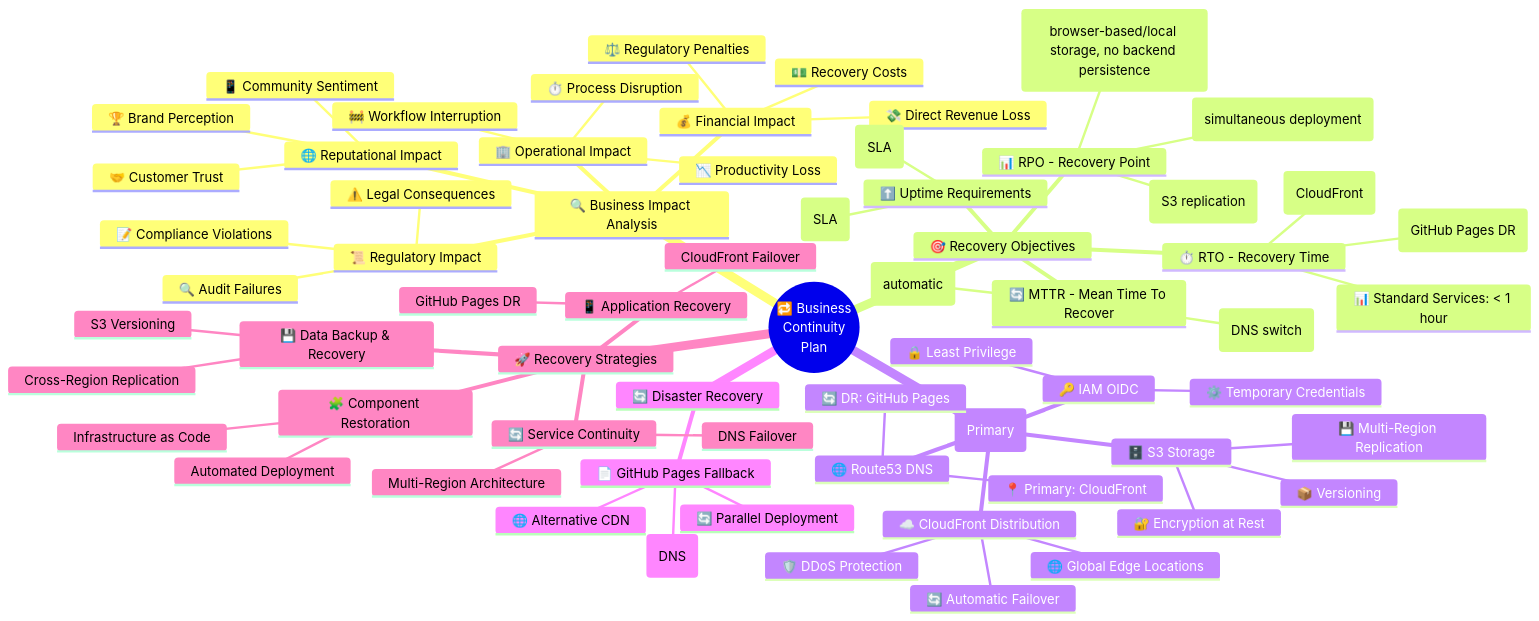
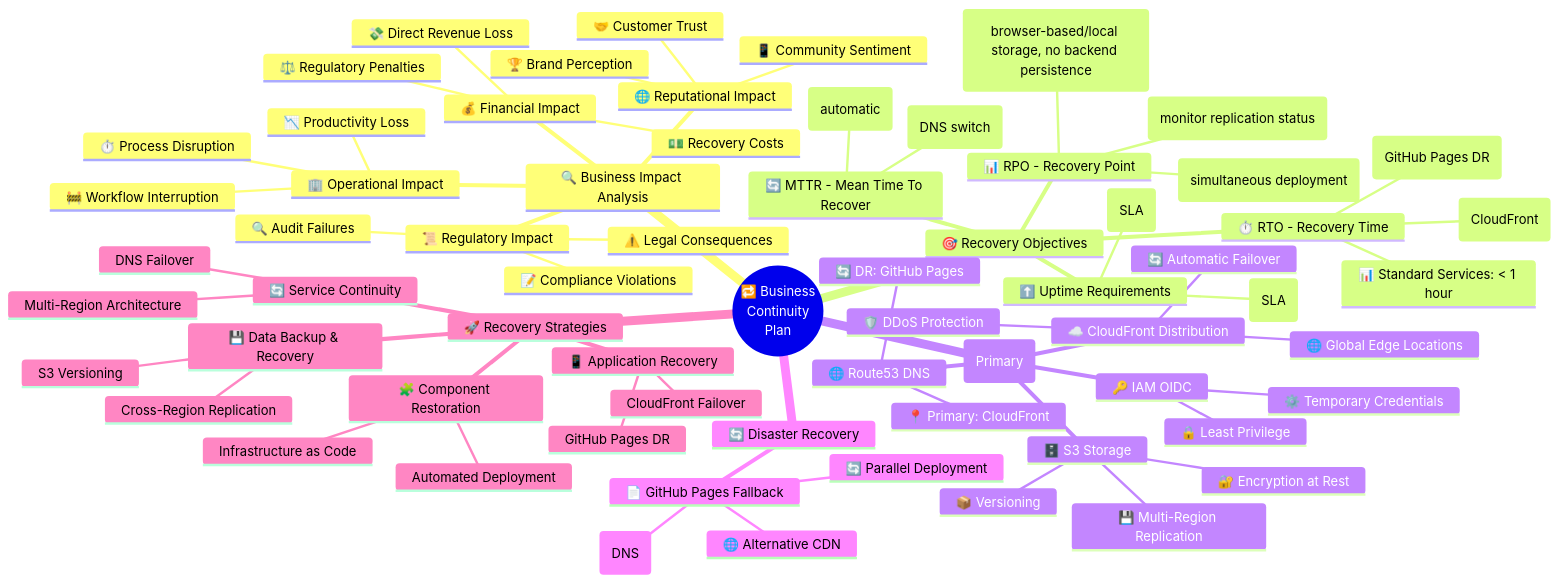
One commit to Hack23/cia-compliance-manager changed the first of 33 diagrams in docs/architecture/BCPPlan.md. Above: the diagram before and after it, drawn with Mermaid. The commit also changed other lines of this file and 3 other files, not shown here.

````diff
--- a/docs/architecture/BCPPlan.md
+++ b/docs/architecture/BCPPlan.md
@@ -34,69 +34,69 @@
 ```mermaid
 mindmap
   root((🔁 Business<br>Continuity<br>Plan))
     🔍 Business Impact Analysis
       💰 Financial Impact
         💸 Direct Revenue Loss
         💵 Recovery Costs
         ⚖️ Regulatory Penalties
       🏢 Operational Impact
         ⏱️ Process Disruption
         📉 Productivity Loss
         🚧 Workflow Interruption
       🌐 Reputational Impact
         🤝 Customer Trust
         🏆 Brand Perception
         📱 Community Sentiment
       📜 Regulatory Impact
         📝 Compliance Violations
         🔍 Audit Failures
         ⚠️ Legal Consequences
     🎯 Recovery Objectives
       ⏱️ RTO - Recovery Time
         🚨 Critical Services: < 5 min (CloudFront)
         🔔 Important Services: < 15 min (GitHub Pages DR)
         📊 Standard Services: < 1 hour
       📊 RPO - Recovery Point
         💾 User Data: 0 (browser-based/local storage, no backend persistence)
         ⚙️ Configuration: 0 (simultaneous deployment)
-        🗄️ Historical Records: < 1 min (S3 replication)
+        🗄️ Historical Records: Asynchronous S3 CRR (monitor replication status)
       🔄 MTTR - Mean Time To Recover
         ☁️ CloudFront: < 5 min (automatic)
         📄 GitHub Pages DR: < 15 min (DNS switch)
       ⬆️ Uptime Requirements
         ☁️ CloudFront: 99.9% (SLA)
         💾 S3 Multi-Region: 99.99% (SLA)
     🛡️ AWS Infrastructure (Primary)
       ☁️ CloudFront Distribution
         🌐 Global Edge Locations
         🔄 Automatic Failover
         🛡️ DDoS Protection
       🗄️ S3 Storage
         💾 Multi-Region Replication
         🔐 Encryption at Rest
         📦 Versioning
       🌐 Route53 DNS
         📍 Primary: CloudFront
         🔄 DR: GitHub Pages
       🔑 IAM OIDC
         ⚙️ Temporary Credentials
         🔒 Least Privilege
     🔄 Disaster Recovery
       📄 GitHub Pages Fallback
         🔄 Parallel Deployment
         📊 < 15 min RTO (DNS)
         🌐 Alternative CDN
     🚀 Recovery Strategies
       💾 Data Backup & Recovery
         S3 Versioning
         Cross-Region Replication
       📱 Application Recovery
         CloudFront Failover
         GitHub Pages DR
       🧩 Component Restoration
         Automated Deployment
         Infrastructure as Code
       🔄 Service Continuity
         Multi-Region Architecture
         DNS Failover
 ```
````
